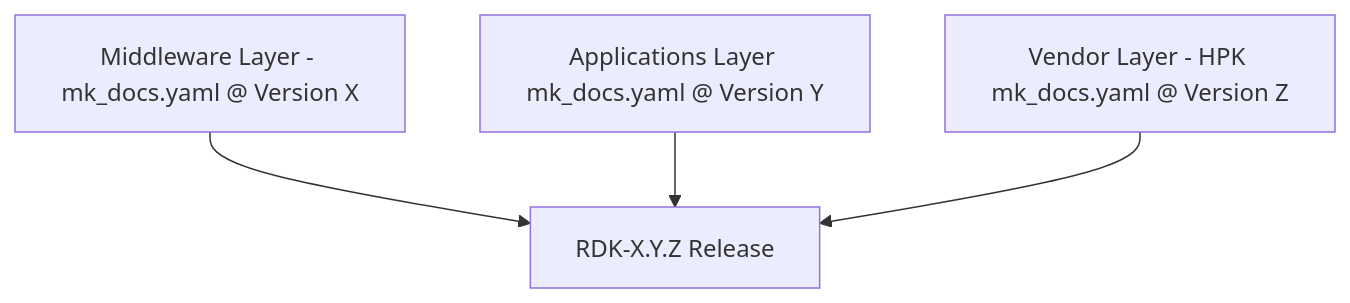
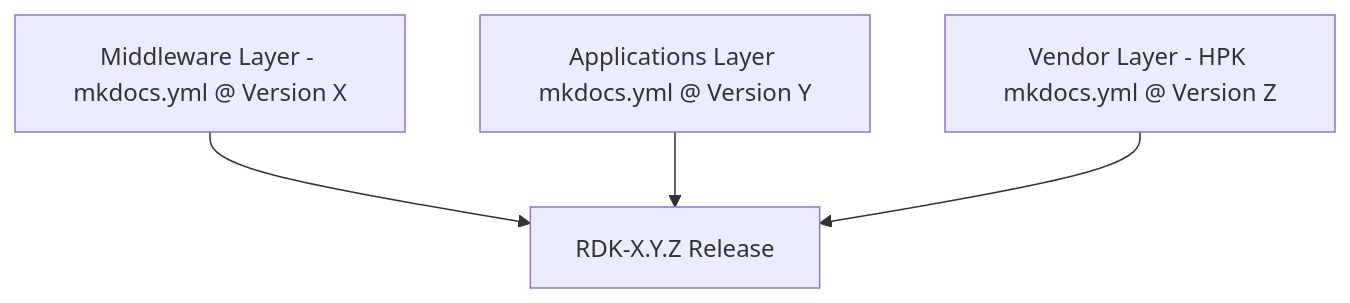
Before and after one commit to rdkcentral/rdk-halif-aidl: the third of 3 diagrams in docs/governance/rdk-release-documentation-structure.md, drawn with Mermaid. The commit also changed other lines of this file, not shown here.

First line of the commit message:
Update #952: Fix slips in release docs structure

````diff
--- a/docs/governance/rdk-release-documentation-structure.md
+++ b/docs/governance/rdk-release-documentation-structure.md
@@ -130,6 +129,6 @@
 ```mermaid
 graph TD
-    L1[Middleware Layer - mk_docs.yaml @ Version X] --> TL[ RDK-X.Y.Z Release]
-    L2[Applications Layer mk_docs.yaml @ Version Y] --> TL
-    L3[Vendor Layer - HPK mk_docs.yaml @ Version Z] --> TL
+    L1[Middleware Layer - mkdocs.yml @ Version X] --> TL[ RDK-X.Y.Z Release]
+    L2[Applications Layer mkdocs.yml @ Version Y] --> TL
+    L3[Vendor Layer - HPK mkdocs.yml @ Version Z] --> TL
 ```
````
